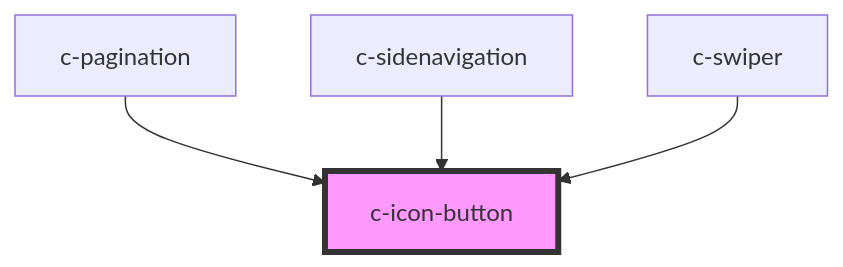
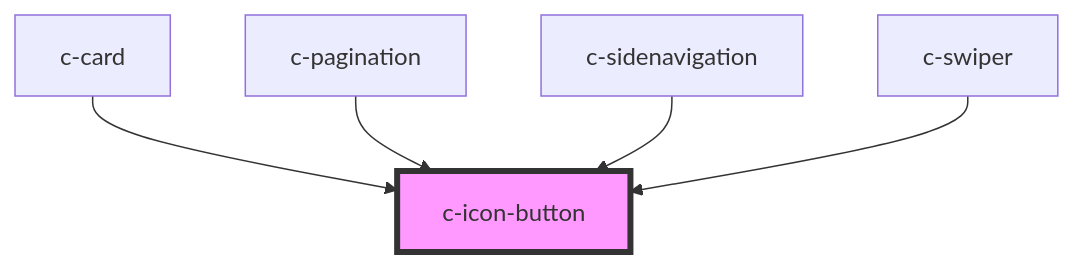
Before and after one commit to hannyle/csc-ui: the diagram in src/components/c-icon-button/readme.md, drawn with Mermaid. The commit also changed other lines of this file and 10 other files, not shown here.

````diff
--- a/src/components/c-icon-button/readme.md
+++ b/src/components/c-icon-button/readme.md
@@ -38,7 +39,8 @@
 ```mermaid
 graph TD;
+  c-card --> c-icon-button
   c-pagination --> c-icon-button
   c-sidenavigation --> c-icon-button
   c-swiper --> c-icon-button
   style c-icon-button fill:#f9f,stroke:#333,stroke-width:4px
 ```
````
